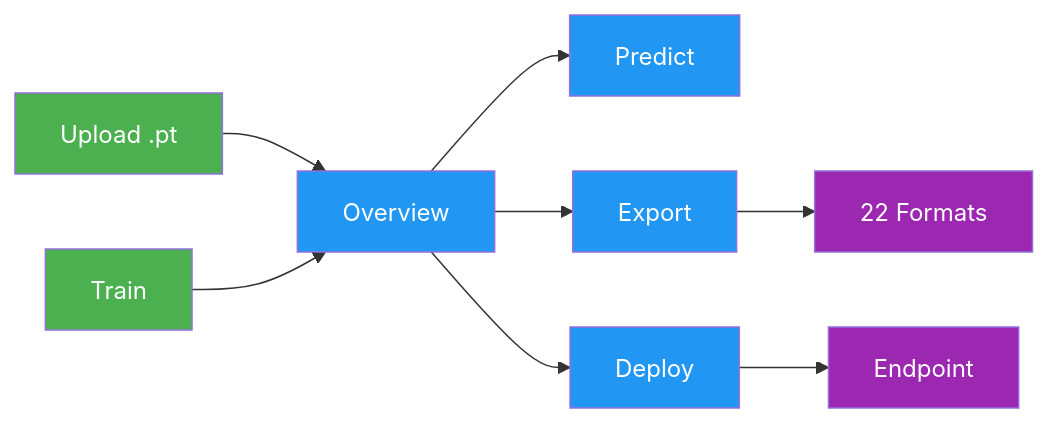
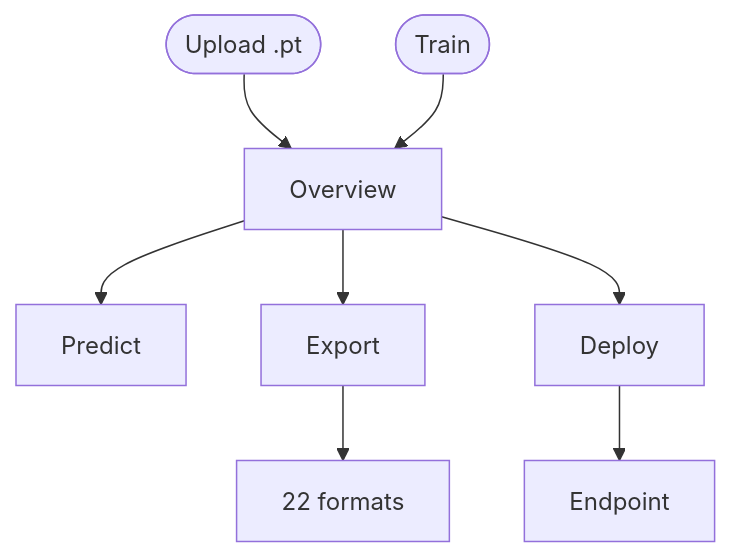
Before and after one commit to ultralytics/ultralytics: the first of 2 diagrams in docs/en/platform/train/models.md, drawn with Mermaid. The commit also changed other lines of this file and 20 other files, not shown here.

First line of the commit message:
Migrate docs Mermaid diagrams to the unified design system

````diff
--- a/docs/en/platform/train/models.md
+++ b/docs/en/platform/train/models.md
@@ -56,14 +56,10 @@
 ```mermaid
-graph LR
-    A[Upload .pt]:::start --> B[Overview]:::proc
-    C[Train]:::start --> B
-    B --> D[Predict]:::proc
-    B --> E[Export]:::proc
-    B --> F[Deploy]:::proc
-    E --> G[22 Formats]:::out
-    F --> H[Endpoint]:::out
-
-    classDef start fill:#4CAF50,color:#fff
-    classDef proc fill:#2196F3,color:#fff
-    classDef out fill:#9C27B0,color:#fff
+flowchart TD
+    A([Upload .pt]) --> C[Overview]
+    B([Train]) --> C
+    C --> D[Predict]
+    C --> E[Export]
+    C --> F[Deploy]
+    E --> G[22 formats]
+    F --> H[Endpoint]
 ```
````
